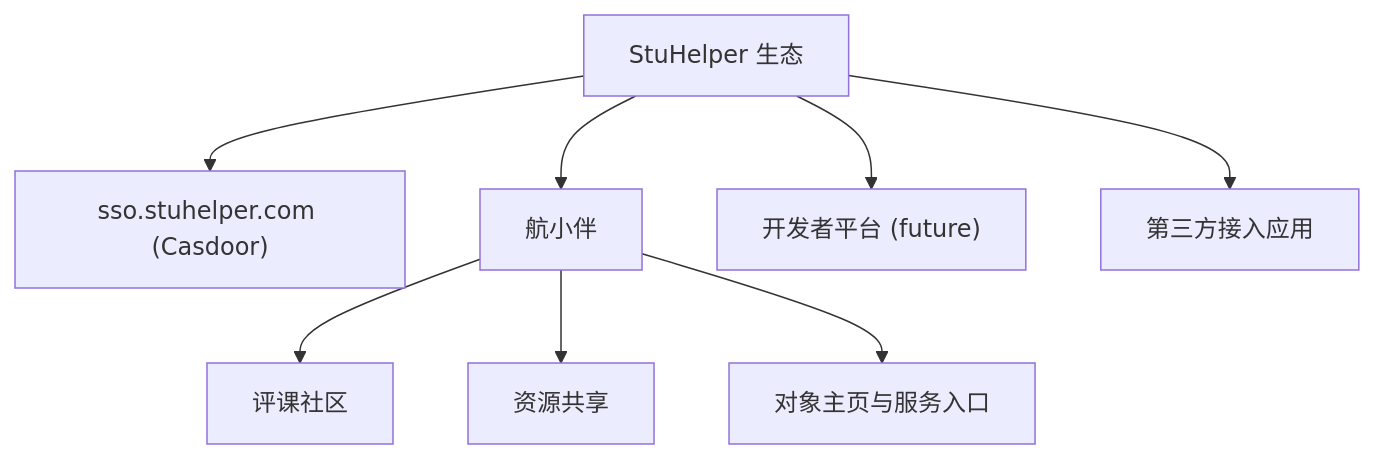
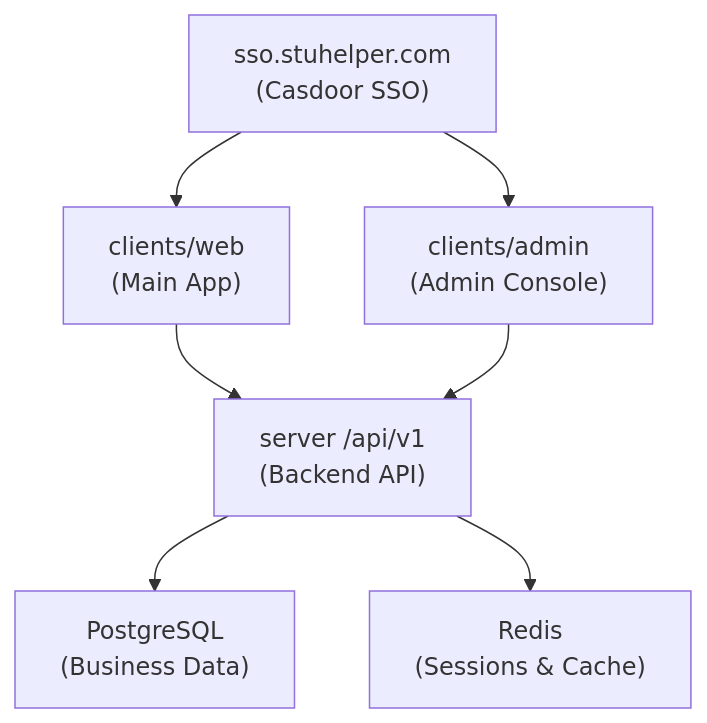
The diagram in docs/architecture/product.md (StuHelper/StuHelper), drawn with Mermaid before and after one commit. The commit also changed other lines of this file and 30 other files, not shown here.

````diff
--- a/docs/architecture/product.md
+++ b/docs/architecture/product.md
@@ -17,11 +34,9 @@
 ```mermaid
 flowchart TD
-    A["StuHelper 生态"] --> B["sso.stuhelper.com (Casdoor)"]
-    A --> C["航小伴"]
-    A --> D["开发者平台 (future)"]
-    A --> E["第三方接入应用"]
-
-    C --> F["评课社区"]
-    C --> G["资源共享"]
-    C --> H["对象主页与服务入口"]
+    A["sso.stuhelper.com<br/>(Casdoor SSO)"] --> B["clients/web<br/>(Main App)"]
+    A --> C["clients/admin<br/>(Admin Console)"]
+    B --> D["server /api/v1<br/>(Backend API)"]
+    C --> D
+    D --> E["PostgreSQL<br/>(Business Data)"]
+    D --> F["Redis<br/>(Sessions & Cache)"]
 ```
````
